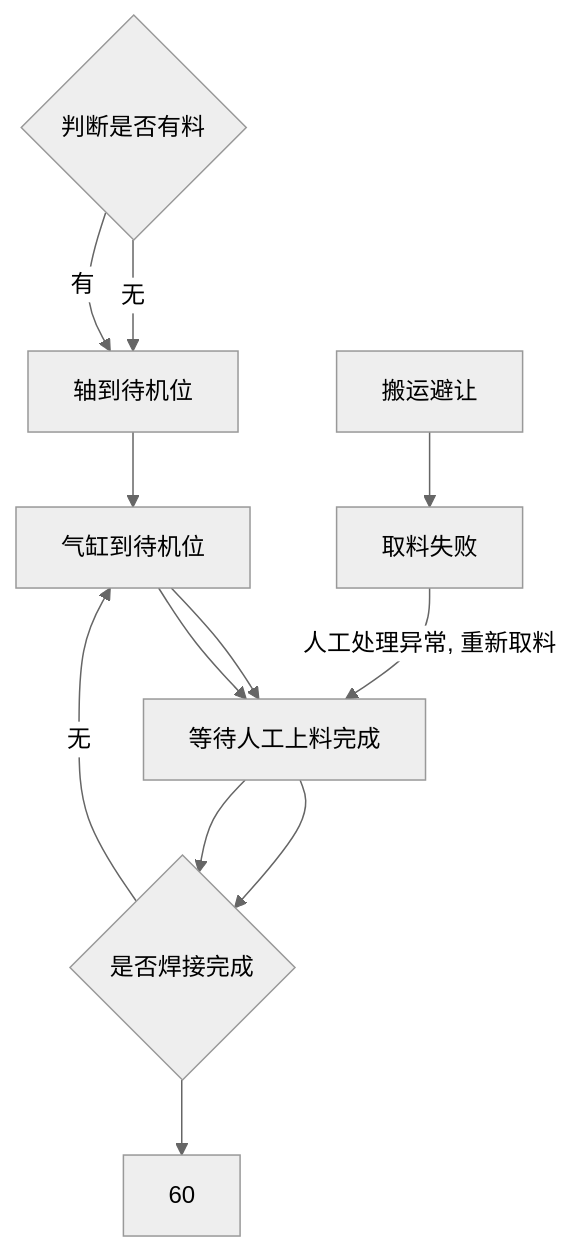
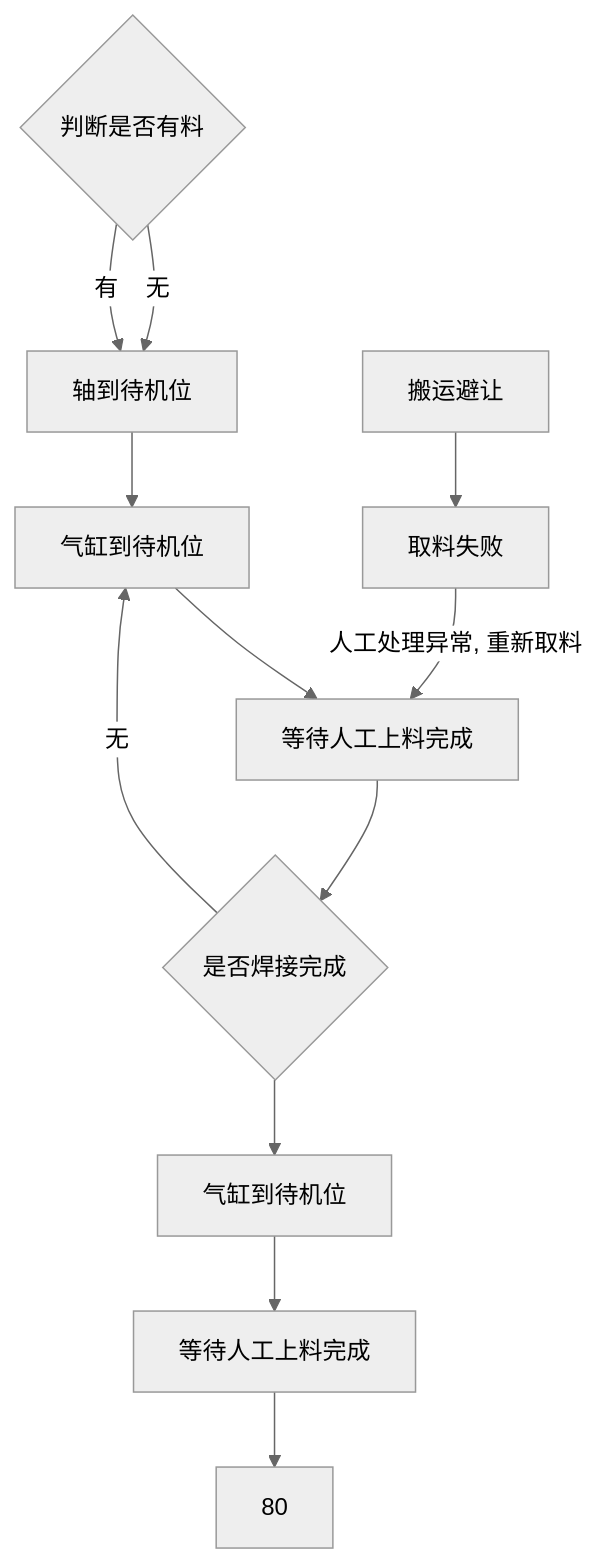
One commit to PengKun1/iodraw-files changed the diagram in all/OP10 上料工位自动流程.md. Above: the diagram before and after it, drawn with Mermaid (neutral theme).

Commit message:
2024-08-02 10:59:42 update

````diff
--- a/all/OP10 上料工位自动流程.md
+++ b/all/OP10 上料工位自动流程.md
@@ -1,18 +1,18 @@
 ```mermaid
 graph TD
 10{判断是否有料}-->|无|20
 10-->|有|20
 20[轴到待机位]-->30
 30[气缸到待机位]-->40
 40[等待人工上料完成]-->50
 50[轴到待机位]-->60
-30[气缸到待机位]-->40
-40[等待人工上料完成]-->50
+60[气缸到待机位]-->70
+70[等待人工上料完成]-->80
 50{是否焊接完成}-->|无|30
 
 
 
 90[搬运避让]-->900
 
 900[取料失败]-->|人工处理异常, 重新取料|40
 ```
````
